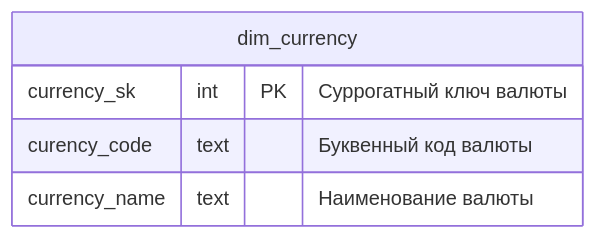
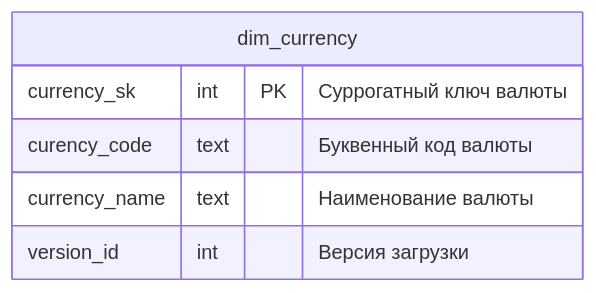
The fifth of 9 diagrams in docs/db_schema/Базовые ввитрины.md (vgorbikov/dq-practice), drawn with Mermaid before and after one commit. The commit also changed other lines of this file, not shown here.

Commit message:
upd core layer schema

````diff
--- a/docs/db_schema/Базовые ввитрины.md
+++ b/docs/db_schema/Базовые ввитрины.md
@@ -118,9 +121,10 @@
 ```mermaid
 erDiagram
 
 dim_currency {
     currency_sk int PK "Суррогатный ключ валюты"
     curency_code text "Буквенный код валюты"
     currency_name text "Наименование валюты"
+    version_id int "Версия загрузки"
 }
 ```
````
